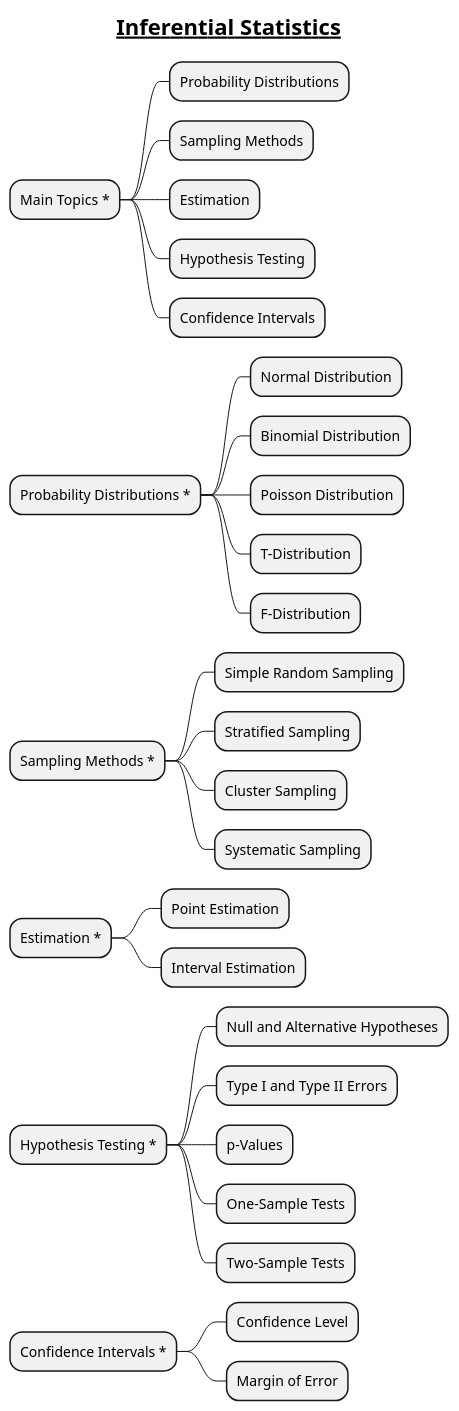
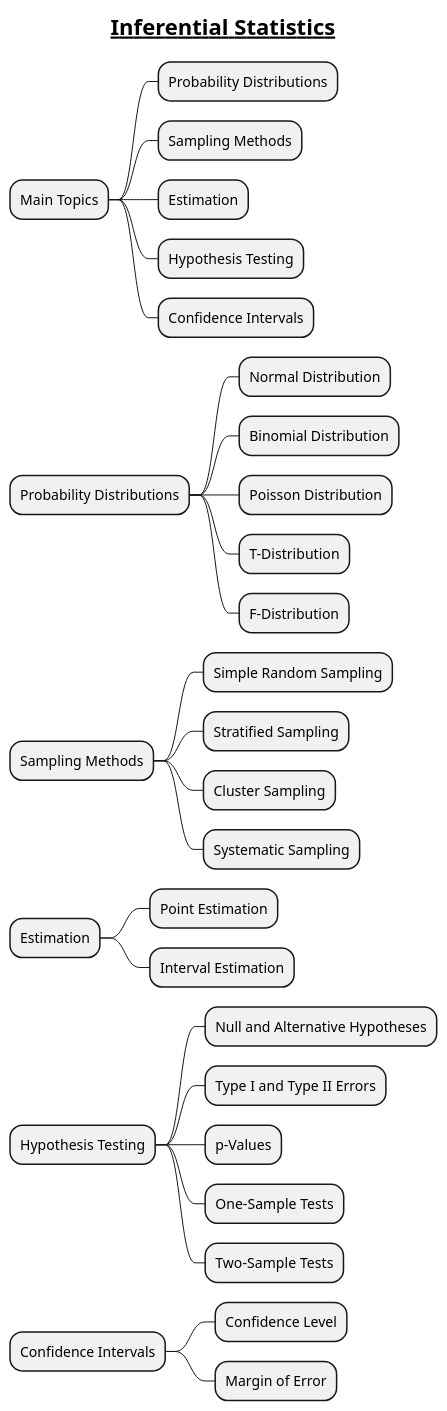
The diagram in docs/AI-ML- DL-Data-Science-and-BigData/statistics/Inferential-Statistics.puml (MehmoodHashmi/Documentation-as-Code-DaC), drawn with PlantUML before and after one commit. The commit also changed 3 other files, not shown here.

```diff
--- a/docs/AI-ML- DL-Data-Science-and-BigData/statistics/Inferential-Statistics.puml
+++ b/docs/AI-ML- DL-Data-Science-and-BigData/statistics/Inferential-Statistics.puml
@@ -1,39 +1,39 @@
 @startmindmap
 title =__Inferential Statistics__
 
-* Main Topics *
+* Main Topics
 ** Probability Distributions
 ** Sampling Methods
 ** Estimation
 ** Hypothesis Testing
 ** Confidence Intervals
 
-* Probability Distributions *
+* Probability Distributions
 ** Normal Distribution
 ** Binomial Distribution
 ** Poisson Distribution
 ** T-Distribution
 ** F-Distribution
 
-* Sampling Methods *
+* Sampling Methods
 ** Simple Random Sampling
 ** Stratified Sampling
 ** Cluster Sampling
 ** Systematic Sampling
 
-* Estimation *
+* Estimation
 ** Point Estimation
 ** Interval Estimation
 
-* Hypothesis Testing *
+* Hypothesis Testing
 ** Null and Alternative Hypotheses
 ** Type I and Type II Errors
 ** p-Values
 ** One-Sample Tests
 ** Two-Sample Tests
 
-* Confidence Intervals *
+* Confidence Intervals
 ** Confidence Level
 ** Margin of Error
 
 @endmindmap
```
